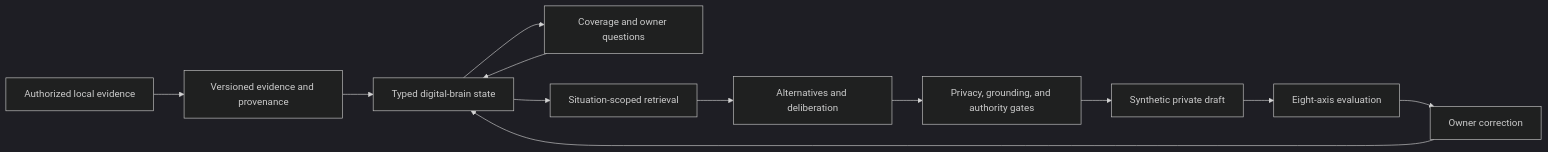
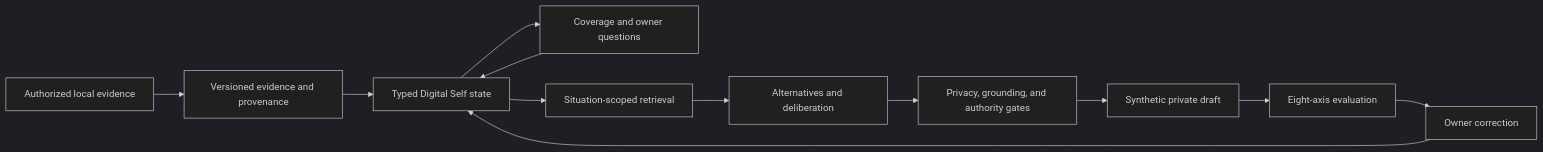
Before and after one commit to Amal-David/whatsapp-llm: the diagram in docs/digital-brain-poc.md, drawn with Mermaid (dark theme). The commit also changed other lines of this file and 3 other files, not shown here.

Commit message:
docs: reframe the project as Digital Self

````diff
--- a/docs/digital-brain-poc.md
+++ b/docs/digital-brain-poc.md
@@ -37,14 +39,14 @@
 ```mermaid
 flowchart LR
     A["Authorized local evidence"] --> B["Versioned evidence and provenance"]
-    B --> C["Typed digital-brain state"]
+    B --> C["Typed Digital Self state"]
     C --> D["Coverage and owner questions"]
     D --> C
     C --> E["Situation-scoped retrieval"]
     E --> F["Alternatives and deliberation"]
     F --> G["Privacy, grounding, and authority gates"]
     G --> H["Synthetic private draft"]
     H --> I["Eight-axis evaluation"]
     I --> J["Owner correction"]
     J --> C
 ```
````
